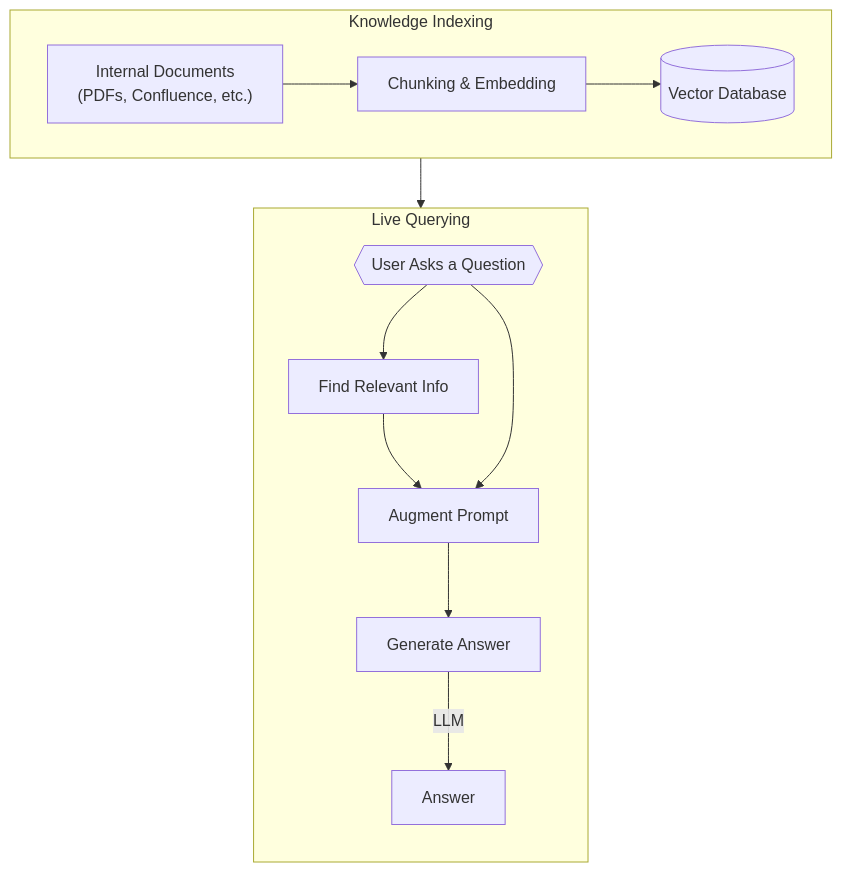
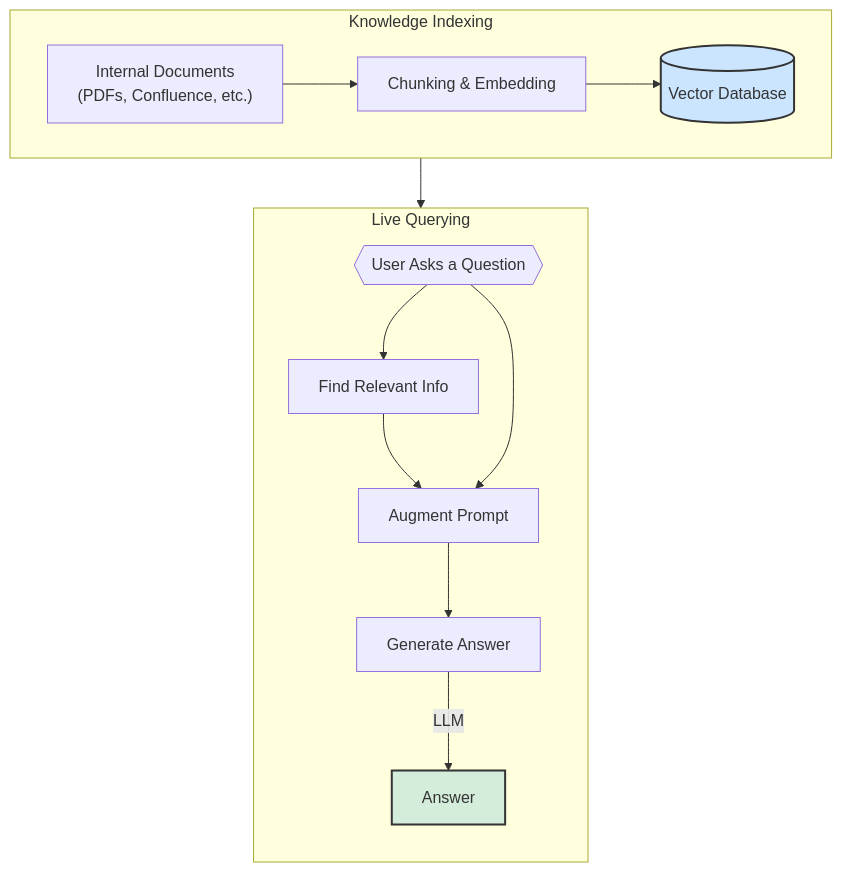
One commit to 89jobrien/examples changed the second of 5 diagrams in README.md. Above: the diagram before and after it, drawn with Mermaid. The commit also changed other lines of this file, not shown here.

````diff
--- a/README.md
+++ b/README.md
@@ -20,18 +31,21 @@
 ```mermaid
 flowchart TD
   subgraph "Knowledge Indexing"
     direction LR
     A["Internal Documents<br>(PDFs, Confluence, etc.)"] --> B["Chunking & Embedding"]
     B --> C[("Vector Database")]
   end
 
   subgraph "Live Querying"
     direction TB
     D{{User Asks a Question}} --> E["Find Relevant Info"]
     C --> E
     E --> F["Augment Prompt"]
     D --> F
     F --> G["Generate Answer"]
     G -- LLM --> H["Answer"]
   end
+
+  style C fill:#cce5ff,stroke:#333,stroke-width:2px
+  style H fill:#d4edda,stroke:#333,stroke-width:2px
 ```
````
